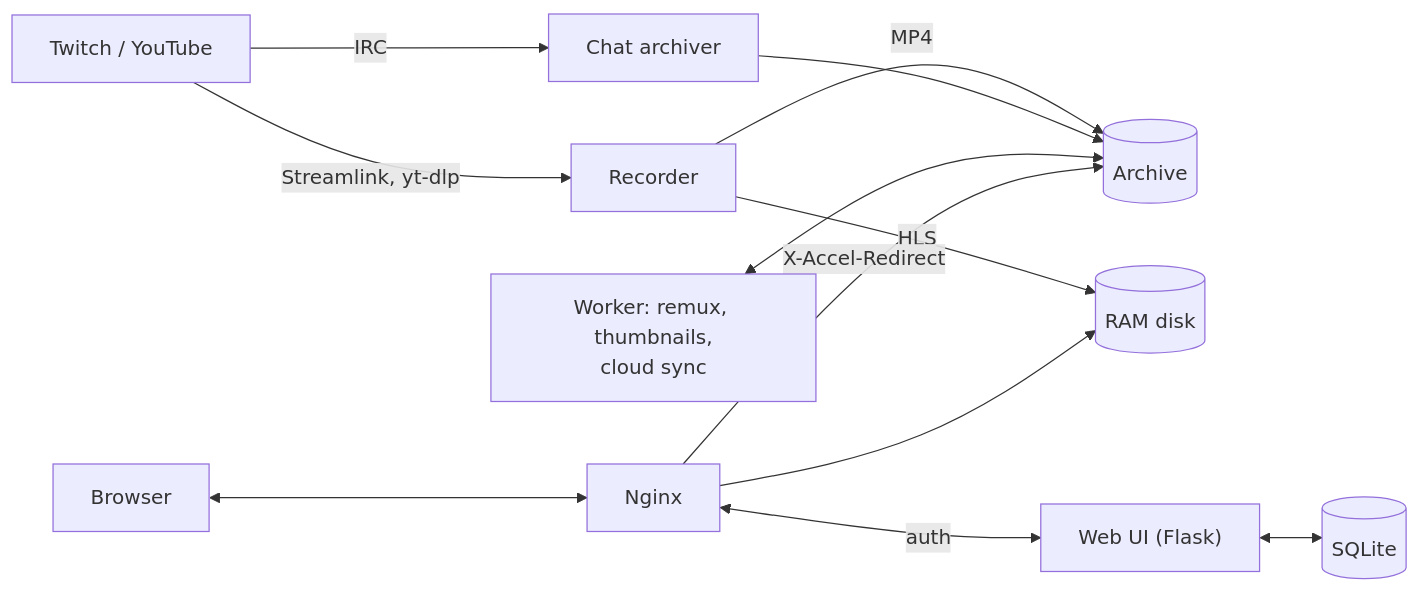
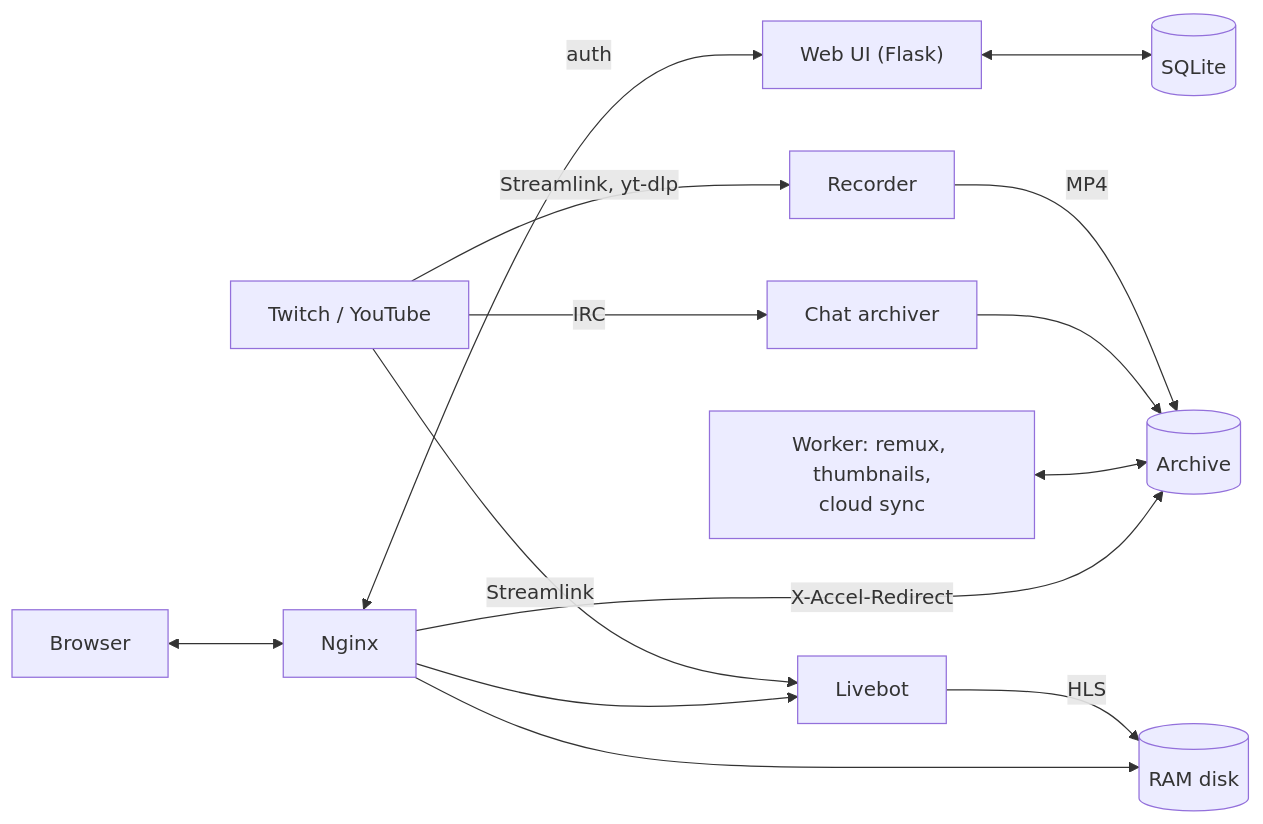
The diagram in README.md (Blackwellcode/streamvault), drawn with Mermaid before and after one commit. The commit also changed other lines of this file and 10 other files, not shown here.

````diff
--- a/README.md
+++ b/README.md
@@ -135,14 +139,16 @@
 ```mermaid
 flowchart LR
     P["Twitch / YouTube"] -->|Streamlink, yt-dlp| R["Recorder"]
     P -->|IRC| C["Chat archiver"]
     R -->|MP4| D[("Archive")]
-    R -->|HLS| M[("RAM disk")]
+    P -->|Streamlink| L["Livebot"]
+    L -->|HLS| M[("RAM disk")]
     C --> D
     W["Worker: remux, thumbnails,<br/>cloud sync"] <--> D
     U["Web UI (Flask)"] <--> S[("SQLite")]
     N["Nginx"] <-->|auth| U
     N -->|X-Accel-Redirect| D
     N --> M
+    N --> L
     B["Browser"] <--> N
 ```
````
